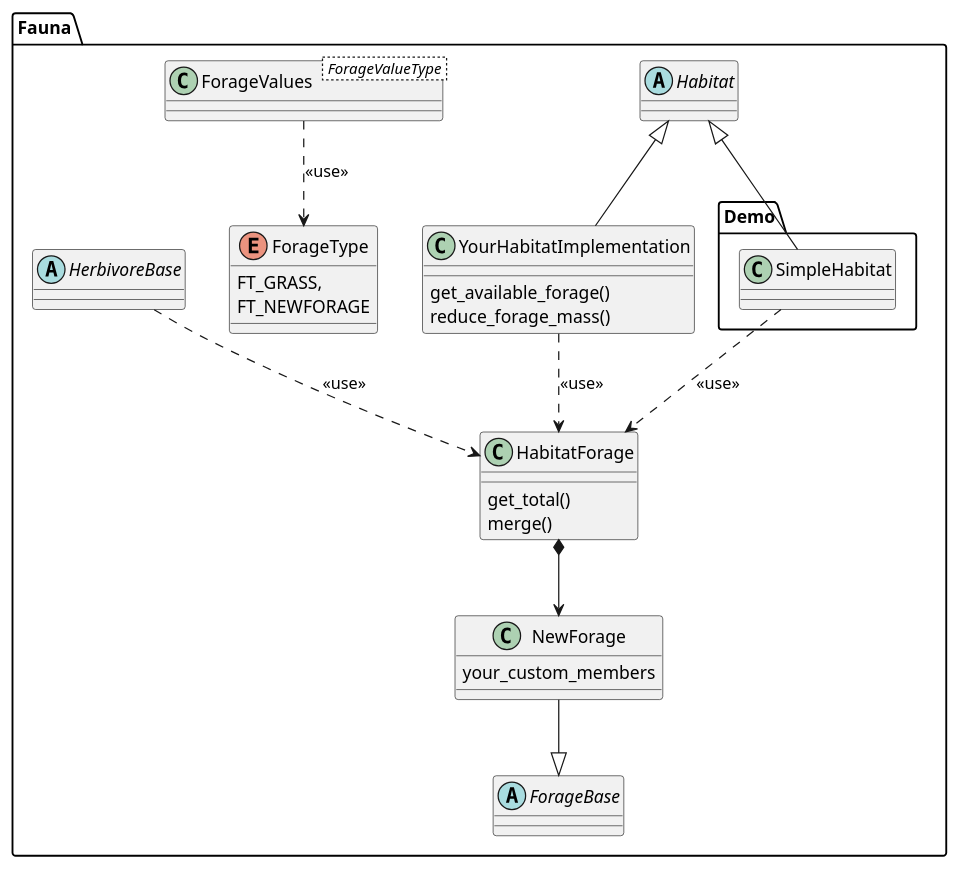
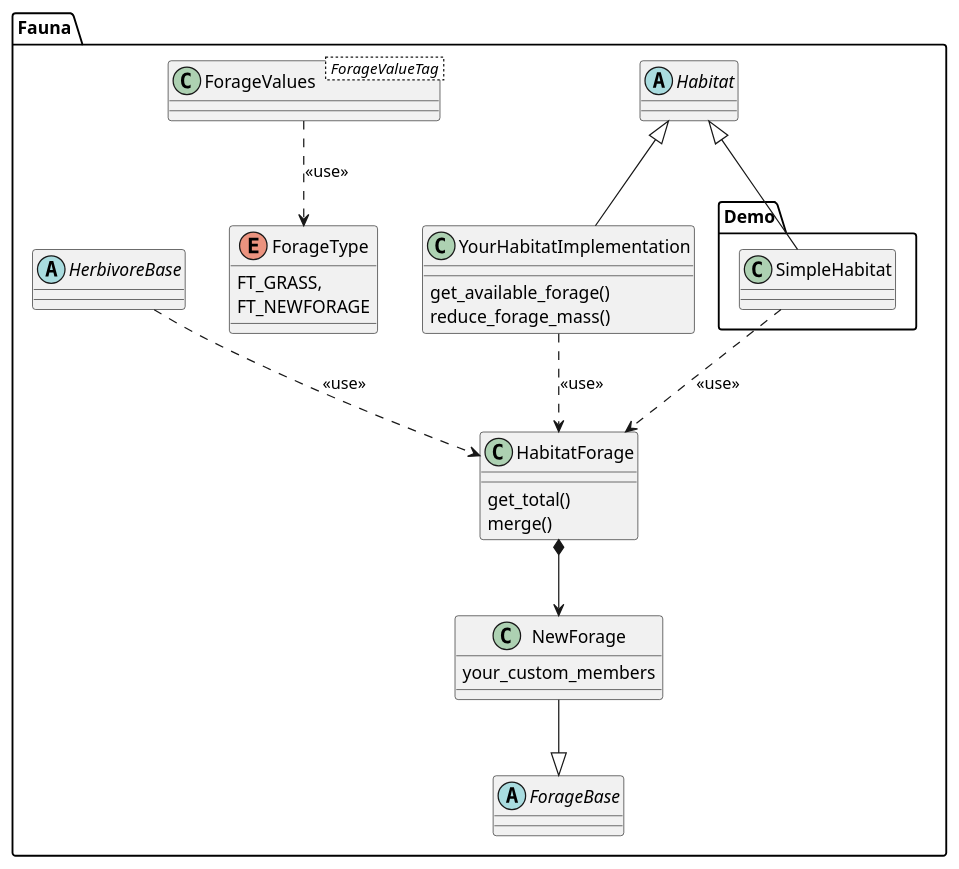
One commit to wtraylor/modular_megafauna_model changed the ninth of 14 diagrams in docs/diagrams.iuml. Above: the diagram before and after it, drawn with PlantUML. The commit also changed other lines of this file and 4 other files, not shown here.

Commit message:
Use enum class for ForageValueTag

```diff
--- a/docs/diagrams.iuml
+++ b/docs/diagrams.iuml
@@ -238,33 +238,33 @@
 @startuml (id=new_forage_type)
   namespace Fauna{
     enum ForageType {
       FT_GRASS,
       FT_NEWFORAGE
     }
-    class ForageValues< ForageValueType >
+    class ForageValues< ForageValueTag >
     ForageValues ..> ForageType : <<use>>
     abstract ForageBase
     class NewForage{
       your_custom_members
     }
     NewForage --|> ForageBase
     class HabitatForage{
       get_total()
       merge()
     }
     HabitatForage *--> NewForage
     abstract HerbivoreBase
     HerbivoreBase ..> HabitatForage : <<use>>
     class YourHabitatImplementation{
       get_available_forage()
       reduce_forage_mass()
     }
     YourHabitatImplementation ..> HabitatForage : <<use>>
     abstract Habitat
     YourHabitatImplementation -up-|> Habitat
     namespace Demo{
       SimpleHabitat  ..> Fauna.HabitatForage : <<use>>
       SimpleHabitat -up-|> Fauna.Habitat
     }
   }
 @enduml
```
